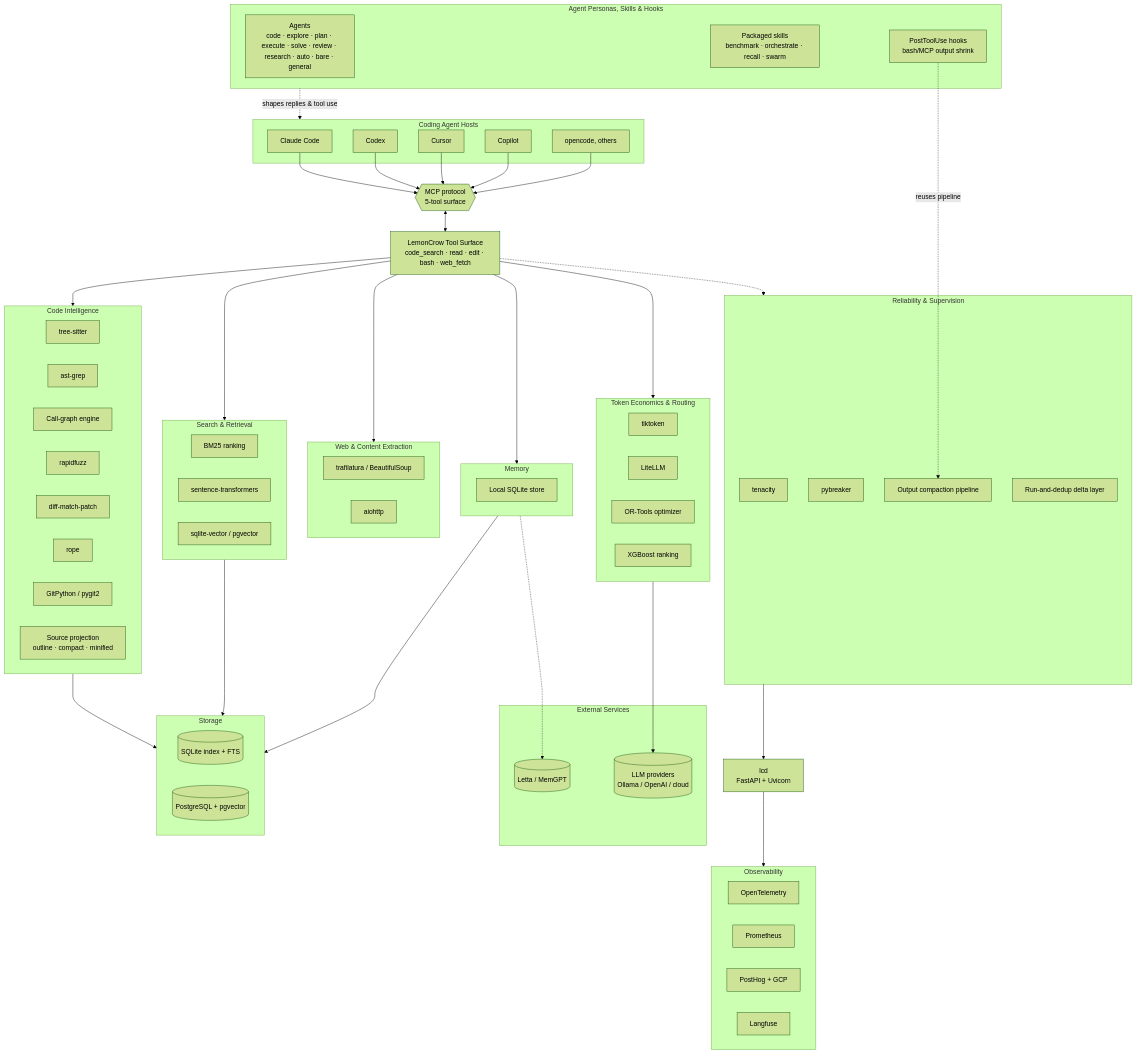
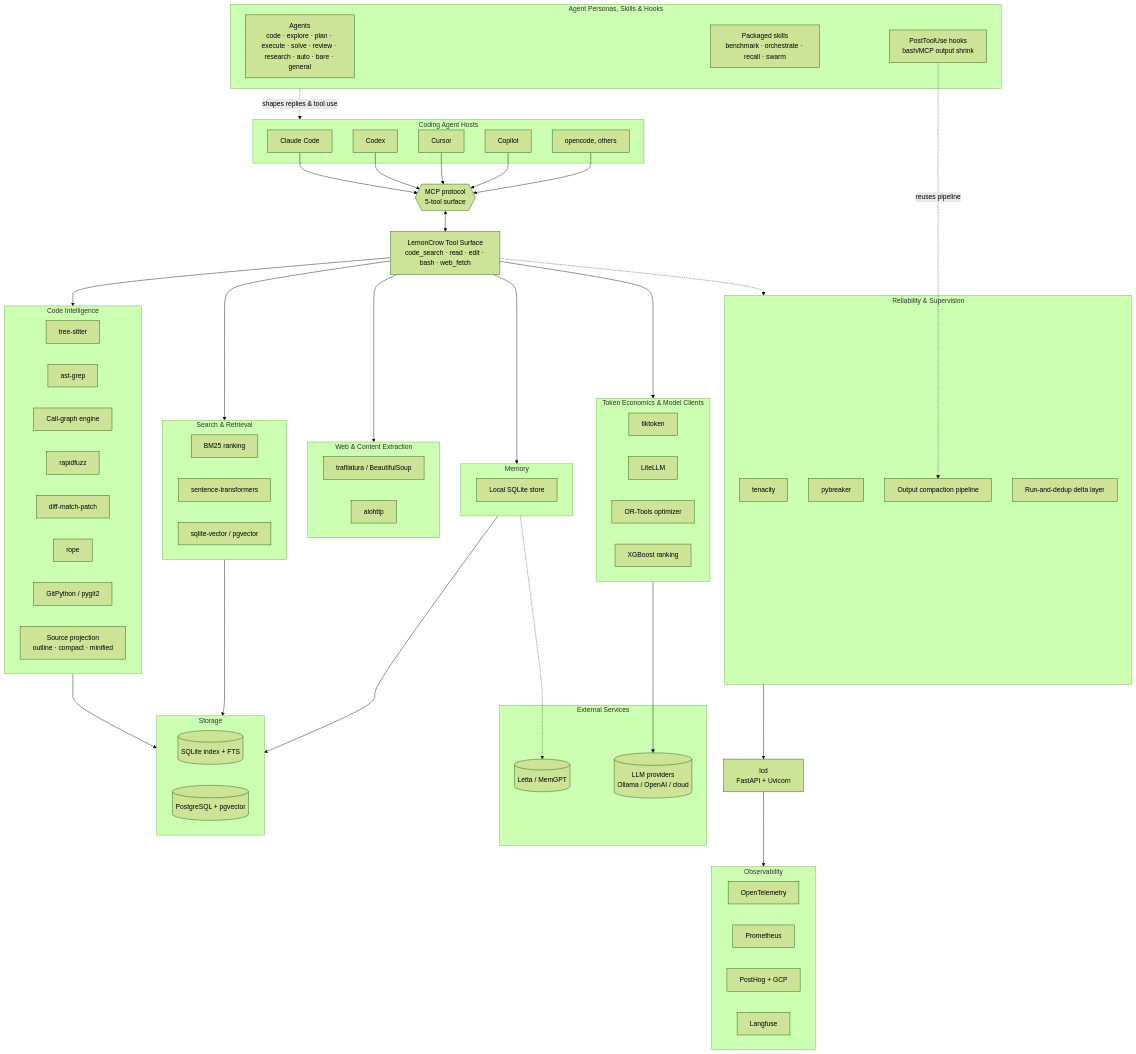
One commit to lemoncrow-lab/lemoncrow changed the diagram in docs/architecture.md. Above: the diagram before and after it, drawn with Mermaid (forest theme). The commit also changed other lines of this file and 67 other files, not shown here.

```diff
--- a/docs/architecture.md
+++ b/docs/architecture.md
@@ -49,7 +49,7 @@
         LocalMem["Local SQLite store"]
     end
 
-    subgraph TokenEcon["Token Economics & Routing"]
+    subgraph TokenEcon["Token Economics & Model Clients"]
         Tik["tiktoken"]
         Lite["LiteLLM"]
         ORT["OR-Tools optimizer"]
```
